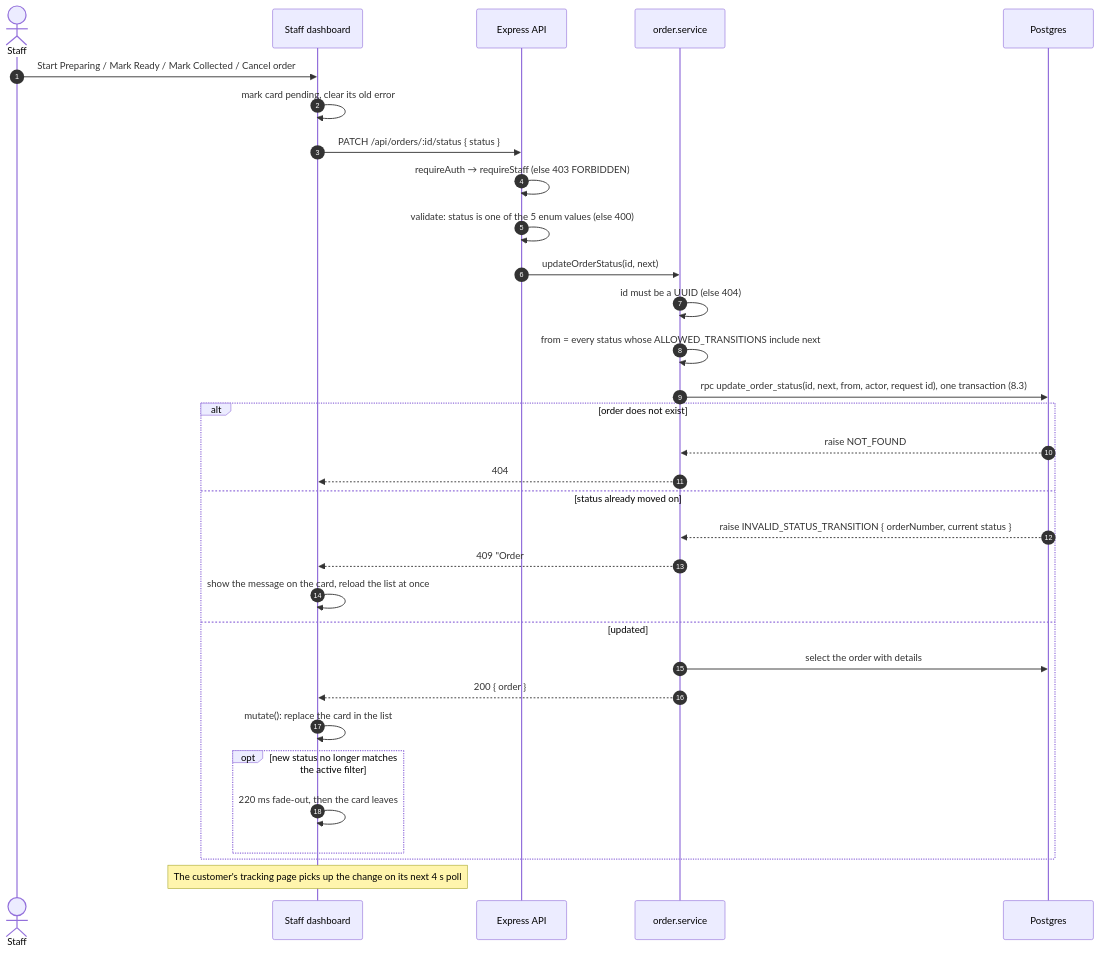
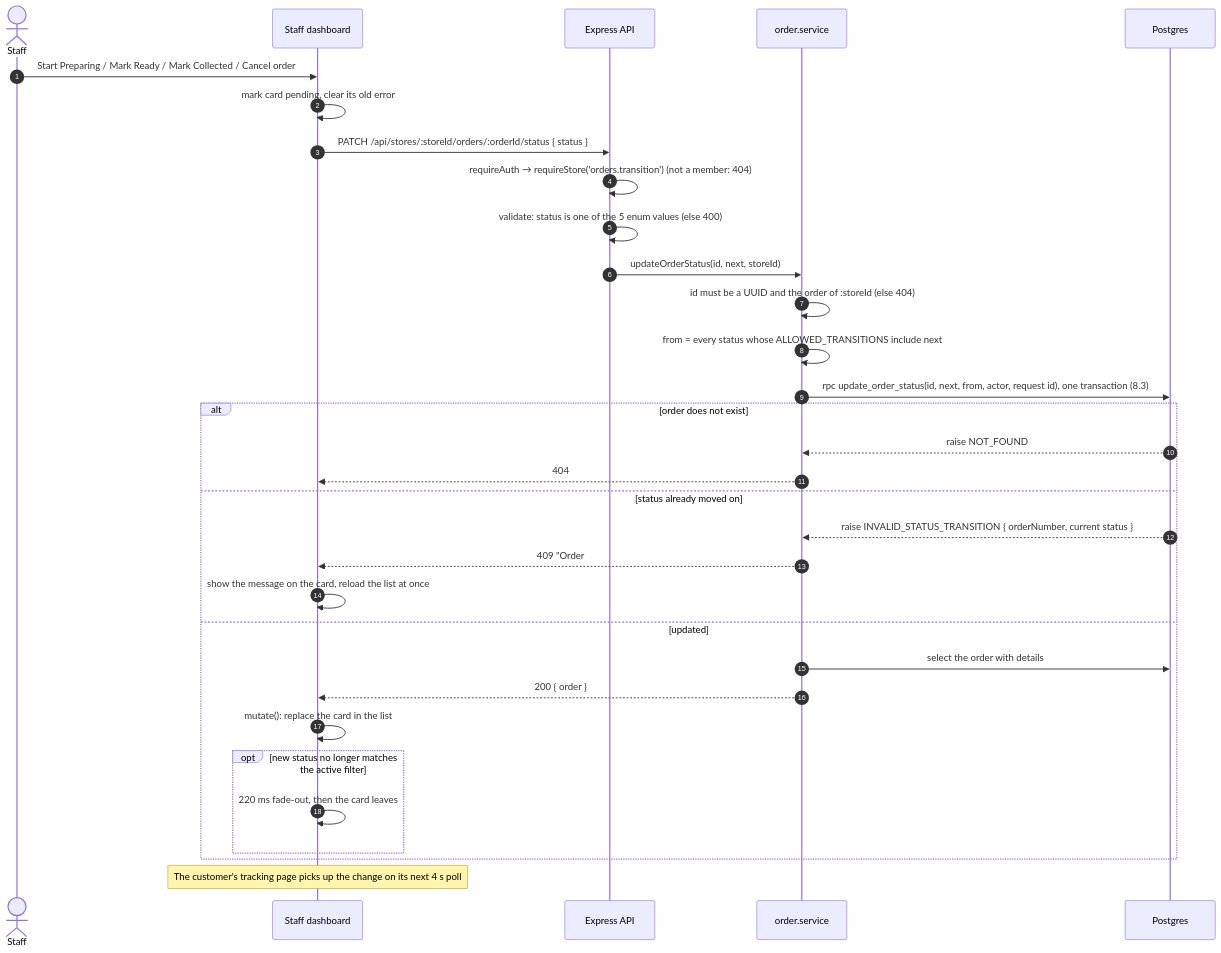
Before and after one commit to The-KhaNha/KhaNha: diagram 22 of 29 in docs/ARCHITECTURE.md, drawn with Mermaid. The commit also changed other lines of this file and 257 other files, not shown here.

First line of the commit message:
P2 — Multi-store: brands, stores, teams, hours and the store-scoped API (#75)

````diff
--- a/docs/ARCHITECTURE.md
+++ b/docs/ARCHITECTURE.md
@@ -784,35 +805,35 @@
 ```mermaid
 sequenceDiagram
   autonumber
   actor S as Staff
   participant B as Staff dashboard
   participant API as Express API
   participant Svc as order.service
   participant DB as Postgres
 
   S->>B: Start Preparing / Mark Ready / Mark Collected / Cancel order
   B->>B: mark card pending, clear its old error
-  B->>API: PATCH /api/orders/:id/status { status }
-  API->>API: requireAuth → requireStaff (else 403 FORBIDDEN)
+  B->>API: PATCH /api/stores/:storeId/orders/:orderId/status { status }
+  API->>API: requireAuth → requireStore('orders.transition') (not a member: 404)
   API->>API: validate: status is one of the 5 enum values (else 400)
-  API->>Svc: updateOrderStatus(id, next)
-  Svc->>Svc: id must be a UUID (else 404)
+  API->>Svc: updateOrderStatus(id, next, storeId)
+  Svc->>Svc: id must be a UUID and the order of :storeId (else 404)
   Svc->>Svc: from = every status whose ALLOWED_TRANSITIONS include next
   Svc->>DB: rpc update_order_status(id, next, from, actor, request id), one transaction (8.3)
   alt order does not exist
     DB-->>Svc: raise NOT_FOUND
     Svc-->>B: 404
   else status already moved on
     DB-->>Svc: raise INVALID_STATUS_TRANSITION { orderNumber, current status }
     Svc-->>B: 409 "Order #1001 cannot move from READY to PREPARING."
     B->>B: show the message on the card, reload the list at once
   else updated
     Svc->>DB: select the order with details
     Svc-->>B: 200 { order }
     B->>B: mutate(): replace the card in the list
     opt new status no longer matches the active filter
       B->>B: 220 ms fade-out, then the card leaves
     end
   end
   Note over B: The customer's tracking page picks up the change on its next 4 s poll
 ```
````
